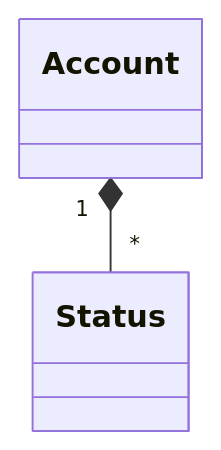
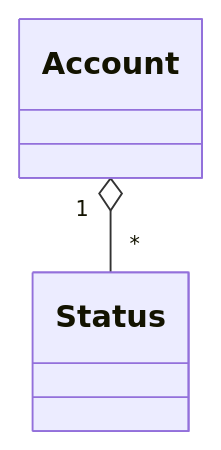
The diagram in modelDesign/domainModel.mmd (ntk221/bootcamp-go), drawn with Mermaid before and after one commit. The commit also changed 13 other files, not shown here.

```diff
--- a/modelDesign/domainModel.mmd
+++ b/modelDesign/domainModel.mmd
@@ -1,5 +1,5 @@
 classDiagram
 
 class Account
 
-Account "1" *-- "*" Status
+Account "1" o-- "*" Status
```
